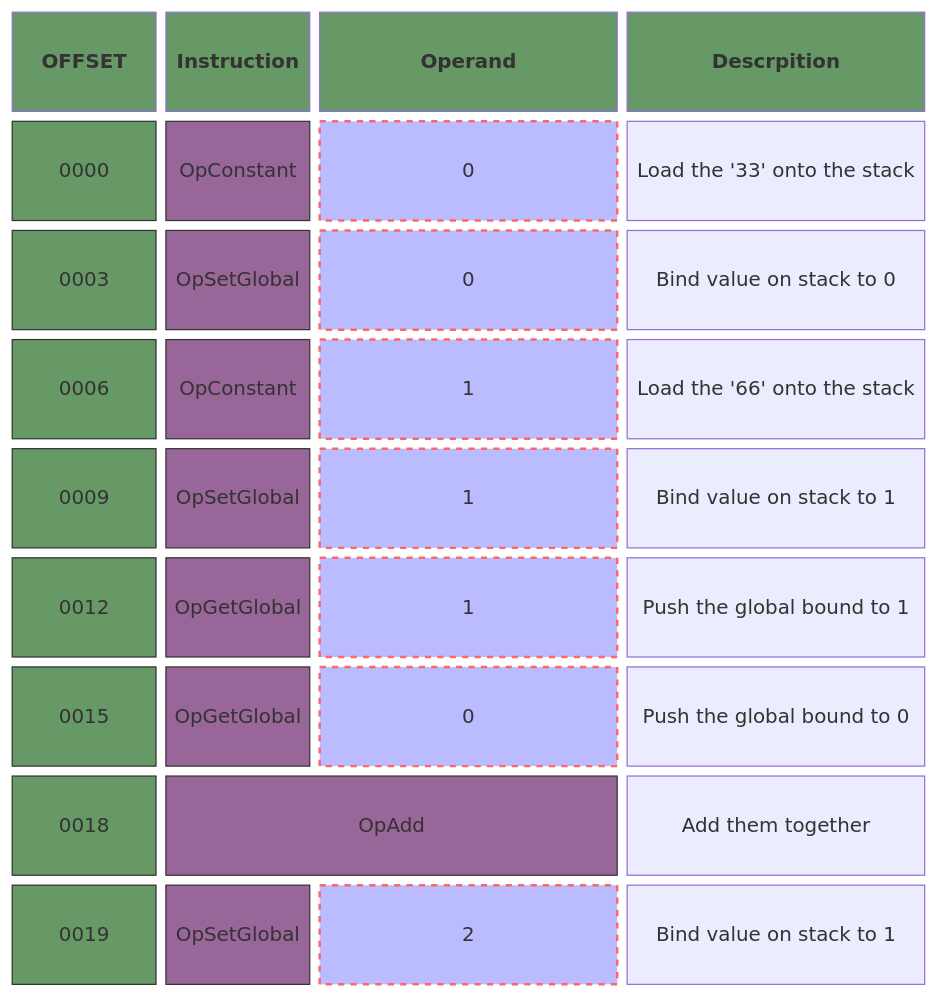
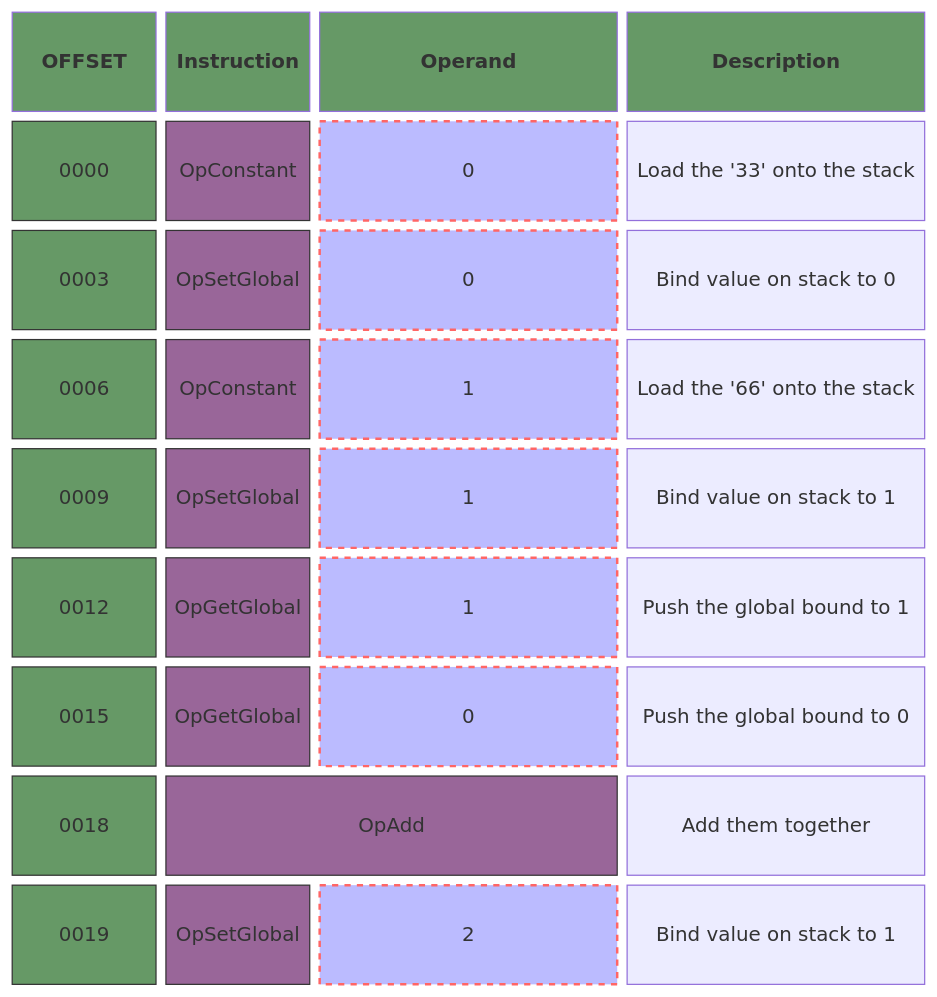
Before and after one commit to 0x822a5b87/monkey: the sixth of 6 diagrams in README.md, drawn with Mermaid. The commit also changed other lines of this file, not shown here.

Commit message:
[main][update]add comment and fix some typo.

````diff
--- a/README.md
+++ b/README.md
@@ -320,56 +320,56 @@
 ```mermaid
 ---
 title: global identifier
 ---
 block-beta
 columns 6
 
-OFFSET:1 Instruction:1 Operand:2 Descrpition:2
+OFFSET:1 Instruction:1 Operand:2 Description:2
 0000:1 Op0["OpConstant"]:1 Operand0["0"]:2 Desc0["Load the '33' onto the stack"]:2
 0003:1 Op1["OpSetGlobal"]:1 Operand1["0"]:2 Desc1["Bind value on stack to 0"]:2
 0006:1 Op2["OpConstant"]:1 Operand2["1"]:2 Desc2["Load the '66' onto the stack"]:2
 0009:1 Op3["OpSetGlobal"]:1 Operand3["1"]:2 Desc3["Bind value on stack to 1"]:2
 
 0012:1 Op4["OpGetGlobal"]:1 Operand4["1"]:2 Desc4["Push the global bound to 1"]:2
 0015:1 Op5["OpGetGlobal"]:1 Operand5["0"]:2 Desc5["Push the global bound to 0"]:2
 0018:1 Op6["OpAdd"]:3 esc6["Add them together"]:2
 0019:1 Op7["OpSetGlobal"]:1 Operand7["2"]:2 Desc7["Bind value on stack to 1"]:2
 
 
 classDef front 1,fill:#696,stroke:#333;
 classDef back fill:#969,stroke:#333;
 classDef op fill:#bbf,stroke:#f66,stroke-width:2px,color:#fff,stroke-dasharray: 5 5
 classDef header fill: #696,color: #fff,font-weight: bold,padding: 10px;
-  
+
 class 0000 front
 class 0003 front
 class 0006 front
 class 0009 front
 class 0012 front
 class 0015 front
 class 0018 front
 class 0019 front
 
 class Op0 back
 class Op1 back
 class Op2 back
 class Op3 back
 class Op4 back
 class Op5 back
 class Op6 back
 class Op7 back
 
 class Operand0 op
 class Operand1 op
 class Operand2 op
 class Operand3 op
 class Operand4 op
 class Operand5 op
 class Operand6 op
 class Operand7 op
 
 class OFFSET header
 class Instruction header
 class Operand header
-class Descrpition header
+class Description header
 ```
````
